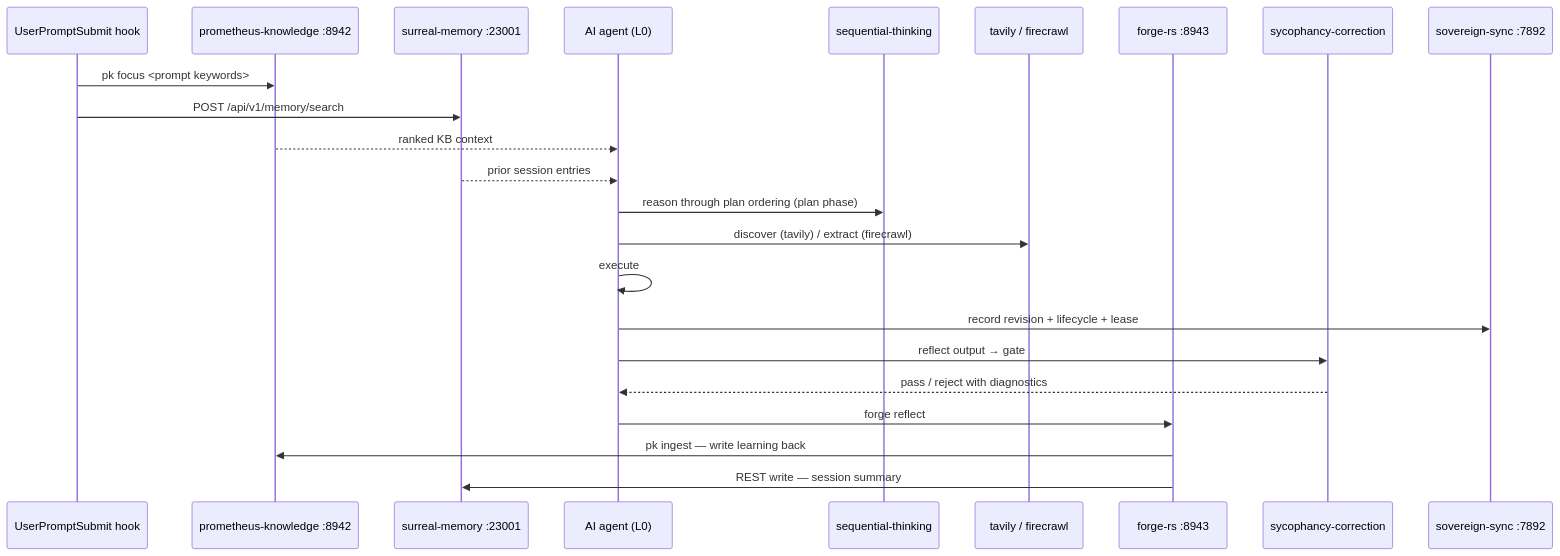
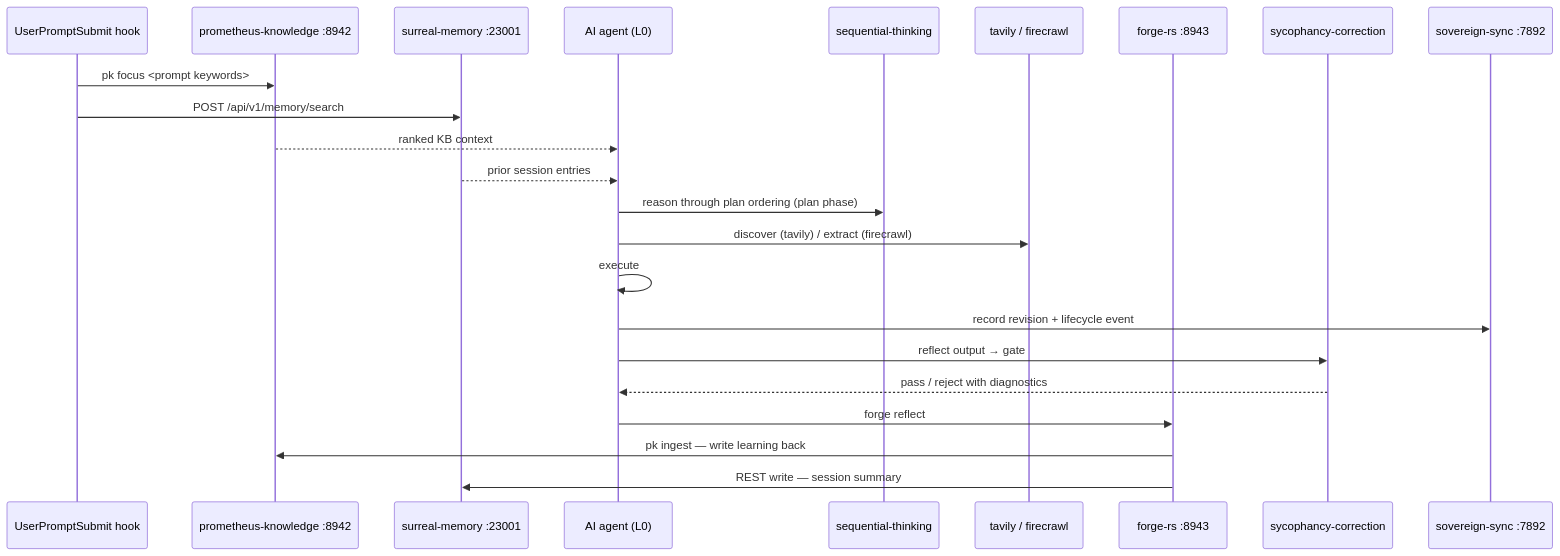
The first of 2 diagrams in docs/guide/05-mcp-substrate.md (Prometheus-AGS/prometheus-skill-system), drawn with Mermaid before and after one commit. The commit also changed other lines of this file and 50 other files, not shown here.

````diff
--- a/docs/guide/05-mcp-substrate.md
+++ b/docs/guide/05-mcp-substrate.md
@@ -29,26 +29,26 @@
 ```mermaid
 sequenceDiagram
     participant Hook as UserPromptSubmit hook
     participant PK as prometheus-knowledge :8942
     participant Mem as surreal-memory :23001
     participant Agent as AI agent (L0)
     participant Think as sequential-thinking
     participant Web as tavily / firecrawl
     participant Forge as forge-rs :8943
     participant Syco as sycophancy-correction
     participant Sync as sovereign-sync :7892
 
     Hook->>PK: pk focus <prompt keywords>
     Hook->>Mem: POST /api/v1/memory/search
     PK-->>Agent: ranked KB context
     Mem-->>Agent: prior session entries
     Agent->>Think: reason through plan ordering (plan phase)
     Agent->>Web: discover (tavily) / extract (firecrawl)
     Agent->>Agent: execute
-    Agent->>Sync: record revision + lifecycle + lease
+    Agent->>Sync: record revision + lifecycle event
     Agent->>Syco: reflect output → gate
     Syco-->>Agent: pass / reject with diagnostics
     Agent->>Forge: forge reflect
     Forge->>PK: pk ingest — write learning back
     Forge->>Mem: REST write — session summary
 ```
````
